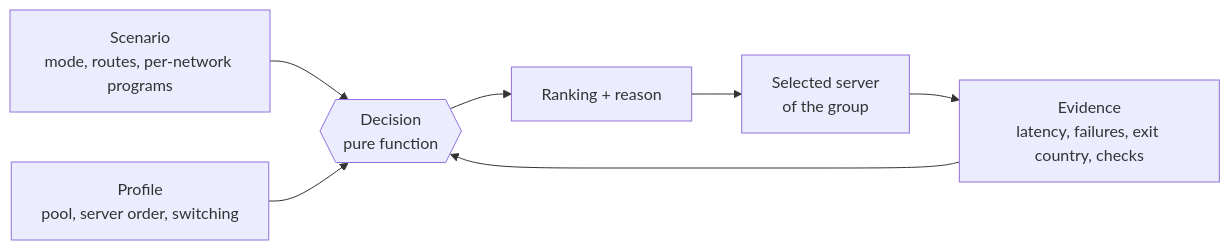
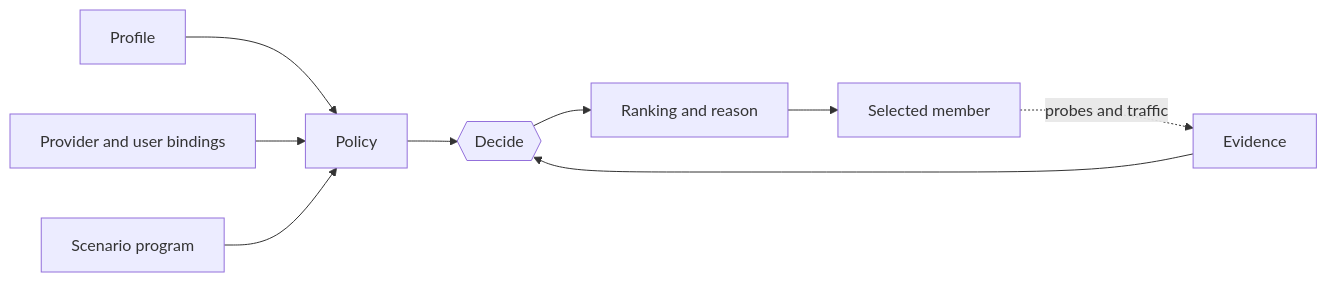
Before and after one commit to Hoxiee/ReClash: the diagram in docs/en/auto-routing/README.md, drawn with Mermaid. The commit also changed other lines of this file and 128 other files, not shown here.

````diff
--- a/docs/en/auto-routing/README.md
+++ b/docs/en/auto-routing/README.md
@@ -33,9 +17,11 @@
 ```mermaid
 flowchart LR
-    S[Scenario<br/>mode, routes, per-network programs] --> G
-    P[Profile<br/>pool, server order, switching] --> G
-    E[Evidence<br/>latency, failures, exit country, checks] --> G
-    G{{Decision<br/>pure function}} --> R[Ranking + reason]
-    R --> N[Selected server<br/>of the group]
-    N --> E
+    Profile --> Policy
+    Binding[Provider and user bindings] --> Policy
+    Program[Scenario program] --> Policy
+    Policy --> Decide{{Decide}}
+    Evidence --> Decide
+    Decide --> Ranking[Ranking and reason]
+    Ranking --> Member[Selected member]
+    Member -. probes and traffic .-> Evidence
 ```
````
